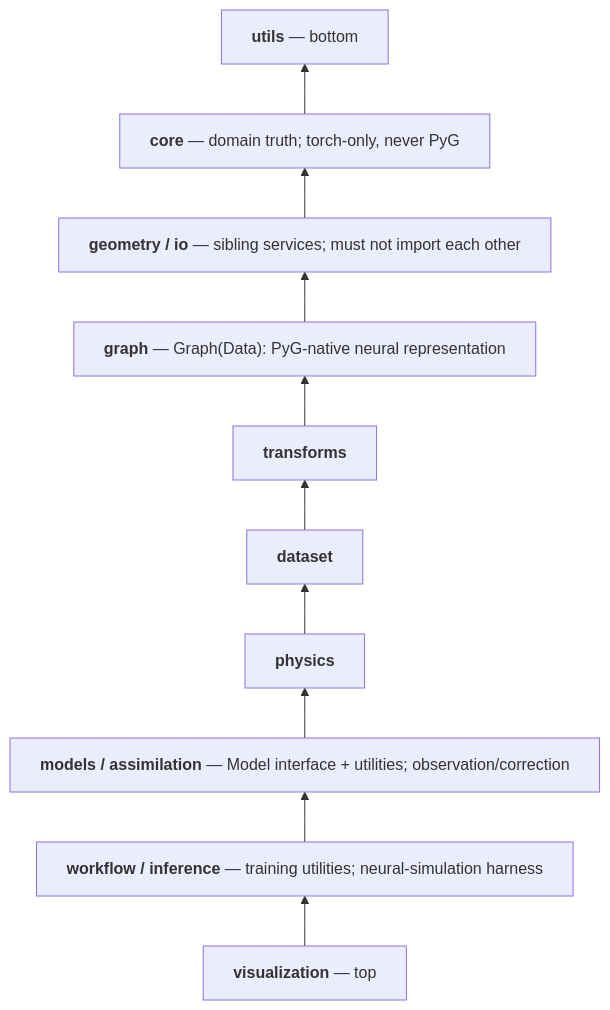
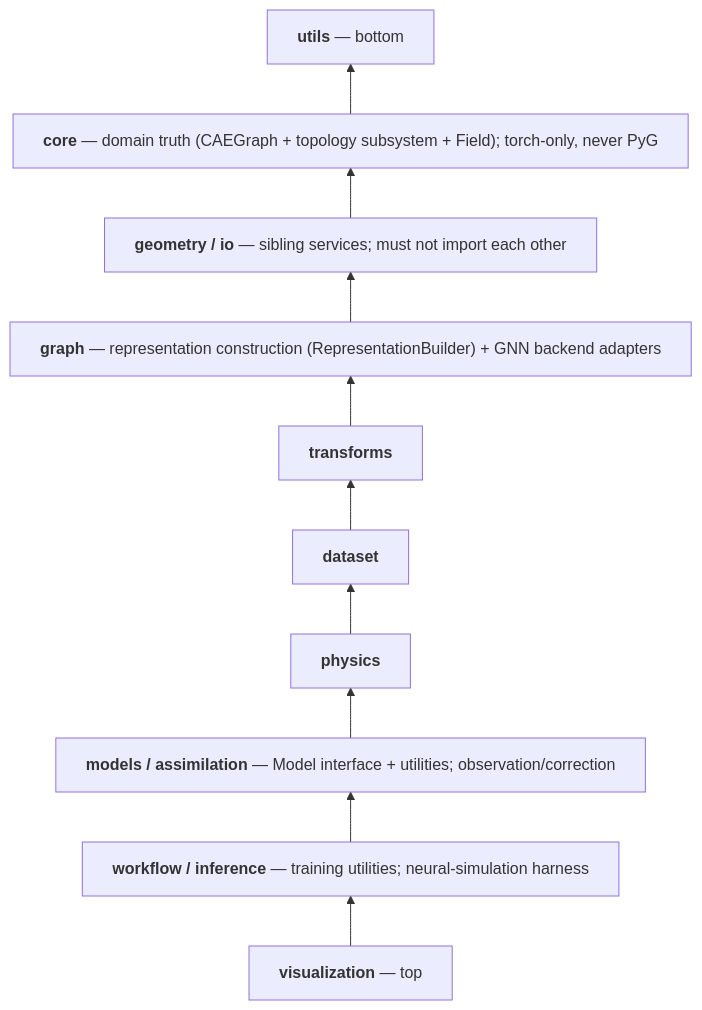
One commit to XYChouMian/caegraph changed the third of 4 diagrams in architecture/ARCHITECTURE.md. Above: the diagram before and after it, drawn with Mermaid. The commit also changed other lines of this file and 19 other files, not shown here.

Commit message:
docs(architecture): migrate documents to CAEGraph canonical representation

````diff
--- a/architecture/ARCHITECTURE.md
+++ b/architecture/ARCHITECTURE.md
@@ -122,19 +126,19 @@
 ```mermaid
 flowchart BT
     classDef nowrap white-space:nowrap
 
     A["<b>utils</b> — bottom"]
-    B["<b>core</b> — domain truth; torch-only, never PyG"]
+    B["<b>core</b> — domain truth (CAEGraph + topology subsystem + Field); torch-only, never PyG"]
     C["<b>geometry / io</b> — sibling services; must not import each other"]
-    D["<b>graph</b> — Graph(Data): PyG-native neural representation"]
+    D["<b>graph</b> — representation construction (RepresentationBuilder) + GNN backend adapters"]
     E["<b>transforms</b>"]
     F["<b>dataset</b>"]
     G["<b>physics</b>"]
     H["<b>models / assimilation</b> — Model interface + utilities; observation/correction"]
     I["<b>workflow / inference</b> — training utilities; neural-simulation harness"]
     J["<b>visualization</b> — top"]
 
     J --> I --> H --> G --> F --> E --> D --> C --> B --> A
 
     class A,B,C,D,E,F,G,H,I,J nowrap
 ```
````
